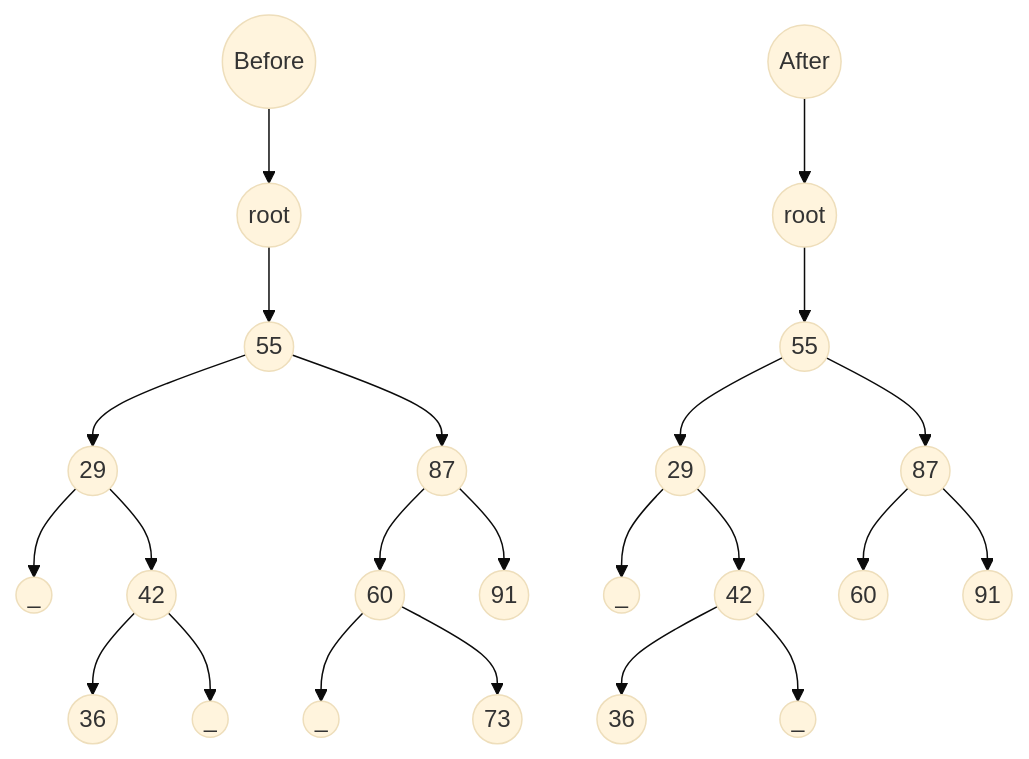
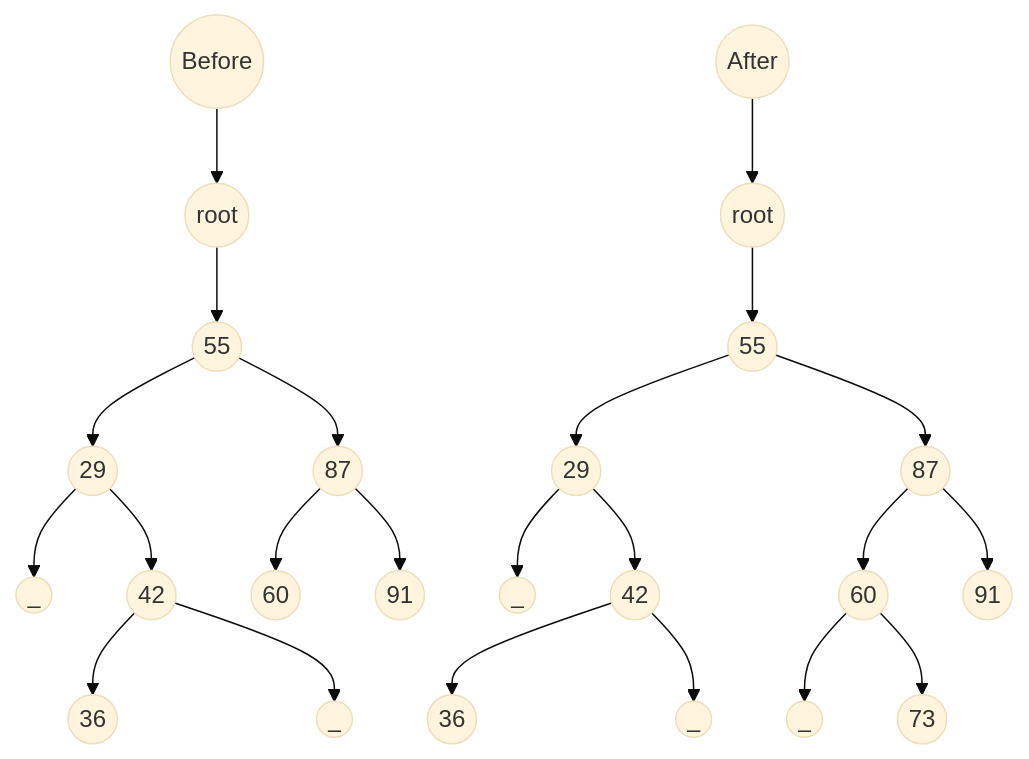
Diagram 11 of 11 in lecture-notes/w07.md (jayshozie/ceng301), drawn with Mermaid (base theme) before and after one commit.

Commit message:
nrt in w07

````diff
--- a/lecture-notes/w07.md
+++ b/lecture-notes/w07.md
@@ -778,30 +778,31 @@
 ```mermaid
 graph TB
 
-Z((Before)) --> A1((root))
+Y((Before)) --> A1((root))
 A1 --> B1((55))
-
 B1 --> C1((29))
-C1 --> E0((_))
+C1 --> E3((_))
 C1 --> F1((42))
 F1 --> G1((36))
-F1 --> E1((_))
+F1 --> E4((_))
 
 B1 --> D1((87))
 D1 --> H1((60))
-H1 --> E2((_))
-H1 --> I1((73))
-D1 --> J1((91))
+D1 --> I1((91))
 
-Y((After)) --> A2((root))
+Z((After)) --> A2((root))
 A2 --> B2((55))
+
 B2 --> C2((29))
-C2 --> E3((_))
+C2 --> E0((_))
 C2 --> F2((42))
 F2 --> G2((36))
-F2 --> E4((_))
+F2 --> E1((_))
 
 B2 --> D2((87))
 D2 --> H2((60))
-D2 --> I2((91))
+H2 --> E2((_))
+H2 --> I2((73))
+D2 --> J2((91))
+
 ```
````
